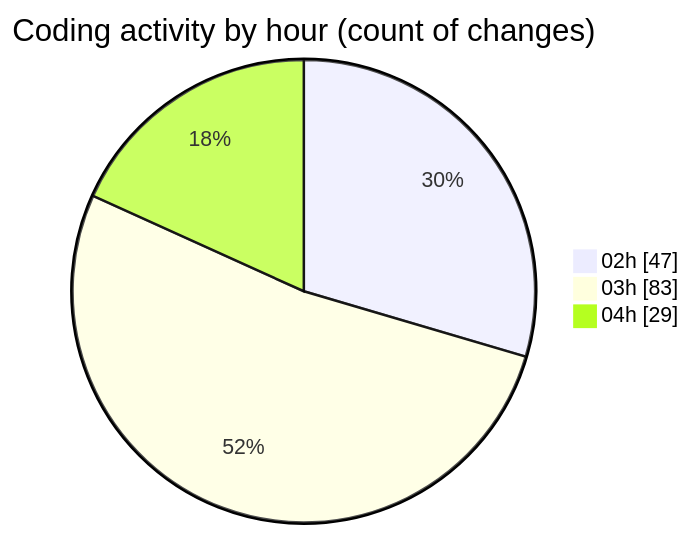
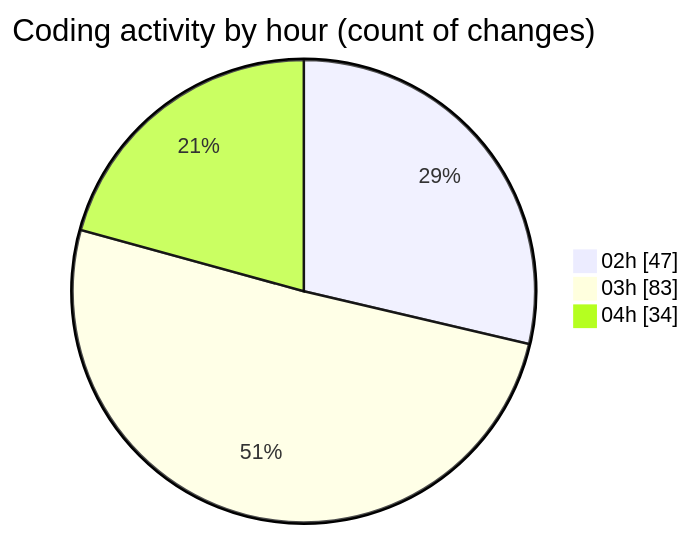
The second of 2 diagrams in 2025-01-02/3drust/README.md (ernivani/code-tracking), drawn with Mermaid before and after one commit. The commit also changed other lines of this file and 2 other files, not shown here.

````diff
--- a/2025-01-02/3drust/README.md
+++ b/2025-01-02/3drust/README.md
@@ -40,7 +40,7 @@
 ```mermaid
 pie showData
 title Coding activity by hour (count of changes)
 "02h" : 47
 "03h" : 83
-"04h" : 29
+"04h" : 34
 ```
````
